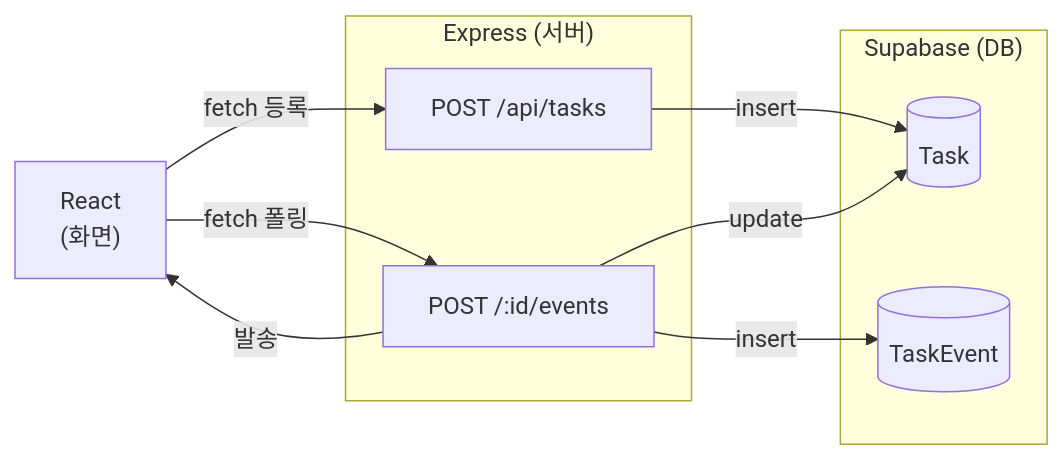
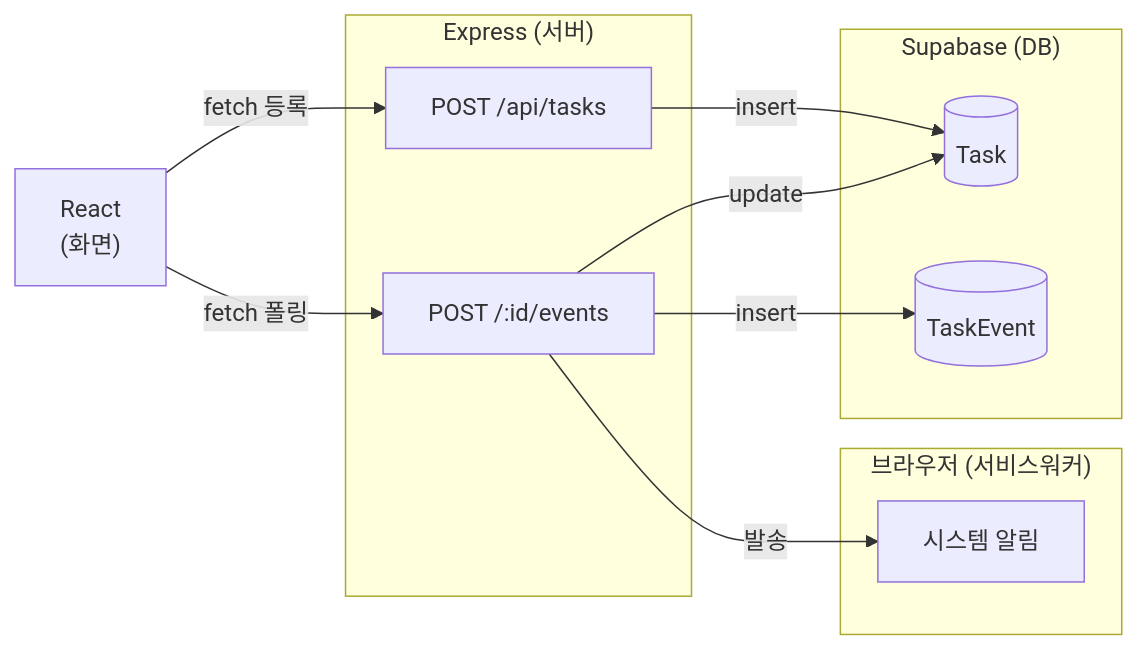
One commit to Mureung1/hub-showcase changed the diagram in README.md. Above: the diagram before and after it, drawn with Mermaid.

Commit message:
docs: README에 아키텍처 다이어그램 수정
Added a service worker subgraph for notifications in the flowchart.

````diff
--- a/README.md
+++ b/README.md
@@ -47,21 +47,21 @@
 ```mermaid
 flowchart LR
     App["React<br/>(화면)"]
-
     subgraph SRV["Express (서버)"]
         R1["POST /api/tasks"]
         R2["POST /:id/events"]
     end
-
     subgraph DB["Supabase (DB)"]
         Task[("Task")]
         Event[("TaskEvent")]
     end
-
+    subgraph SW["브라우저 (서비스워커)"]
+        Notif["시스템 알림"]
+    end
     App -->|"fetch 등록"| R1
     App -->|"fetch 폴링"| R2
     R1 -->|"insert"| Task
     R2 -->|"update"| Task
     R2 -->|"insert"| Event
-    R2 -->|"발송"| App
+    R2 -->|"발송"| Notif
 ```
````
